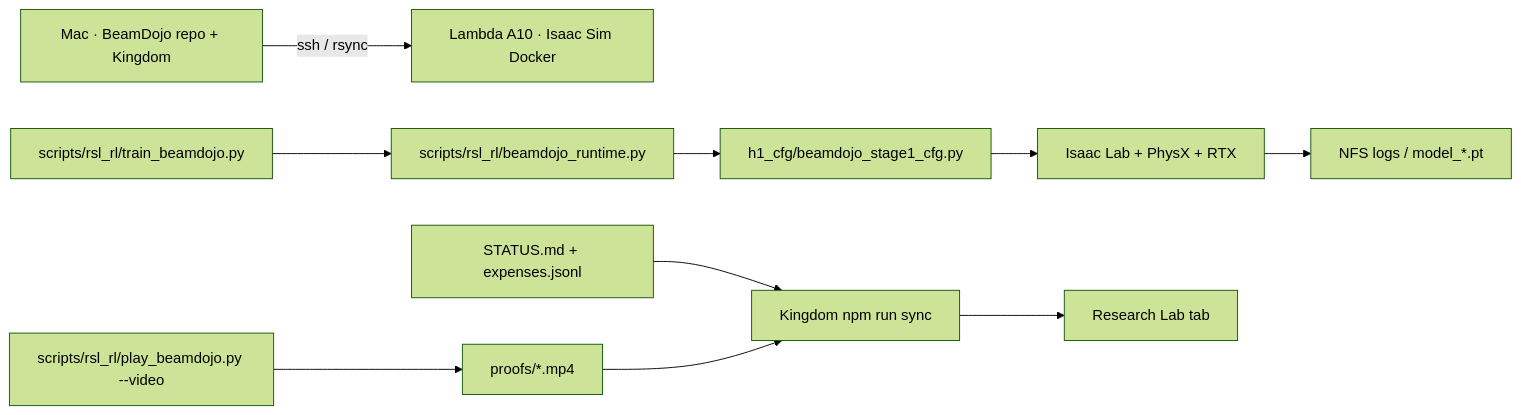
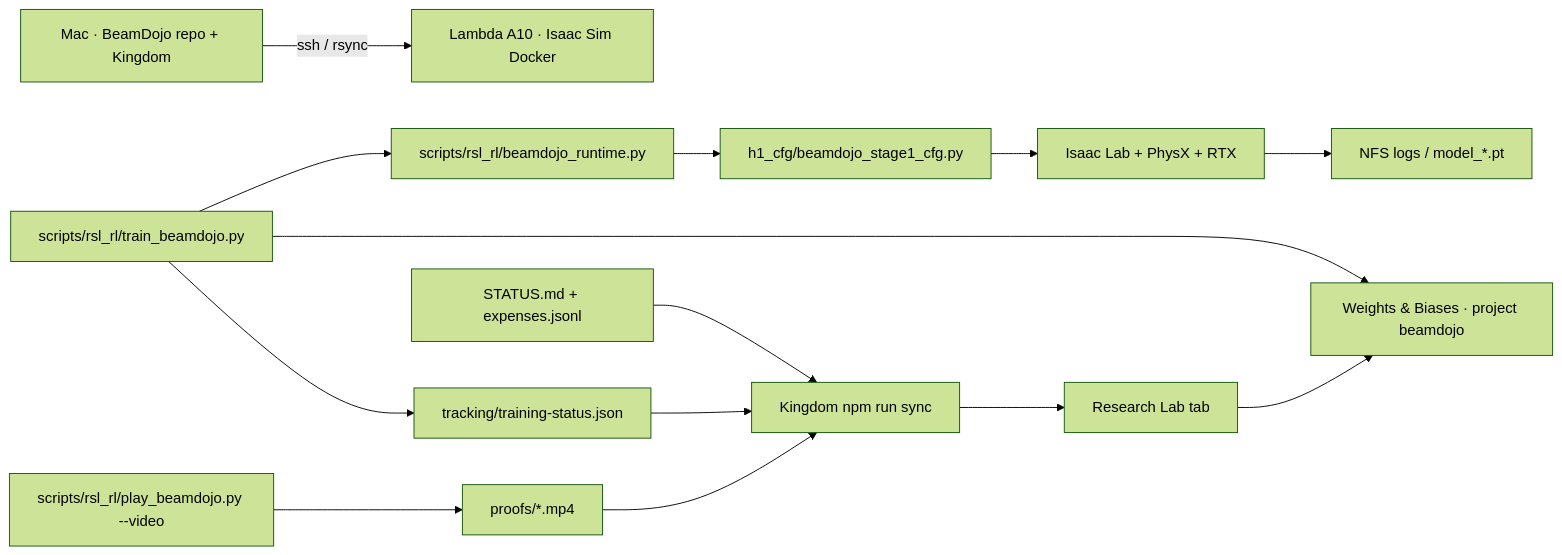
One commit to navinash47/avinashs-kingdom changed the diagram in brain/wiki/architecture/beamdojo.md. Above: the diagram before and after it, drawn with Mermaid (forest theme). The commit also changed other lines of this file and 19 other files, not shown here.

First line of the commit message:
Show live W&B training status on the Research Lab tab.

````diff
--- a/brain/wiki/architecture/beamdojo.md
+++ b/brain/wiki/architecture/beamdojo.md
@@ -13,12 +13,16 @@
 ```mermaid
 flowchart LR
   Mac["Mac · BeamDojo repo + Kingdom"] -->|ssh / rsync| GPU["Lambda A10 · Isaac Sim Docker"]
   Train["scripts/rsl_rl/train_beamdojo.py"] --> Runtime["scripts/rsl_rl/beamdojo_runtime.py"]
   Runtime --> Cfg["h1_cfg/beamdojo_stage1_cfg.py"]
   Cfg --> Isaac["Isaac Lab + PhysX + RTX"]
   Isaac --> NFS["NFS logs / model_*.pt"]
+  Train --> WB["Weights & Biases · project beamdojo"]
+  Train --> Status["tracking/training-status.json"]
   Play["scripts/rsl_rl/play_beamdojo.py --video"] --> Proofs["proofs/*.mp4"]
   STATUS["STATUS.md + expenses.jsonl"] --> Sync["Kingdom npm run sync"]
+  Status --> Sync
   Proofs --> Sync
   Sync --> Lab["Research Lab tab"]
+  Lab --> WB
 ```
````
